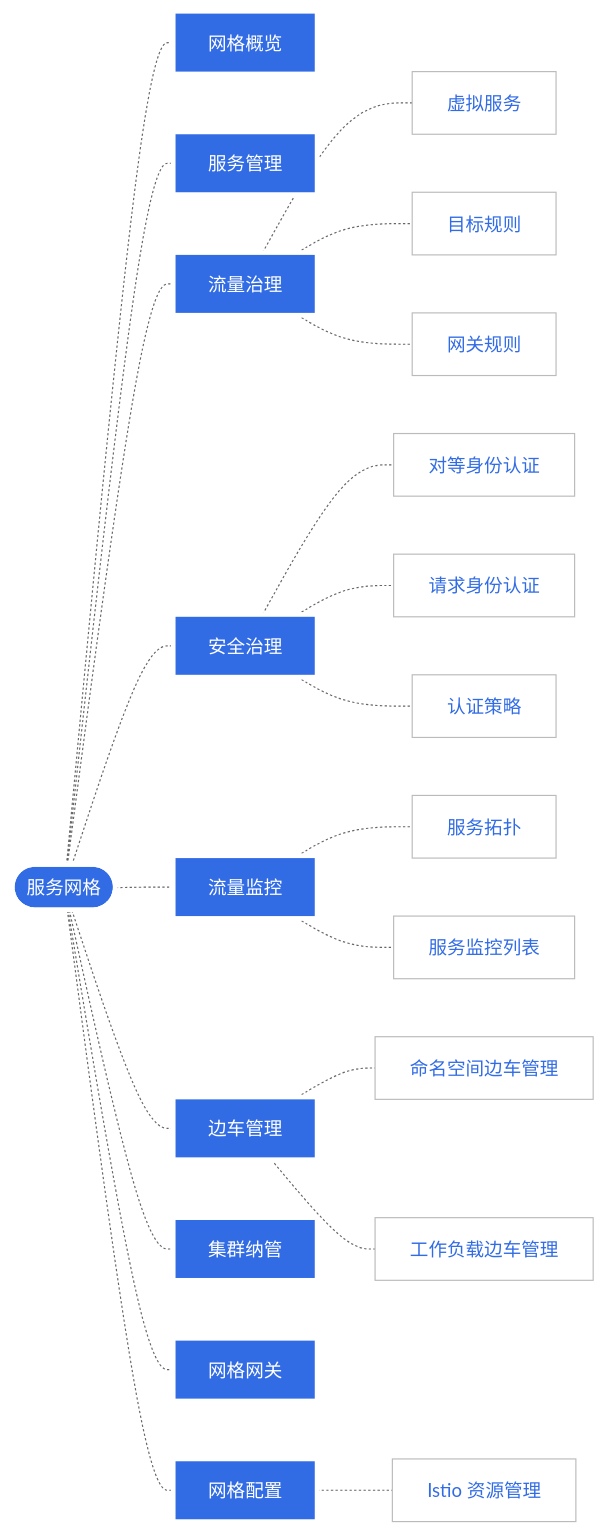
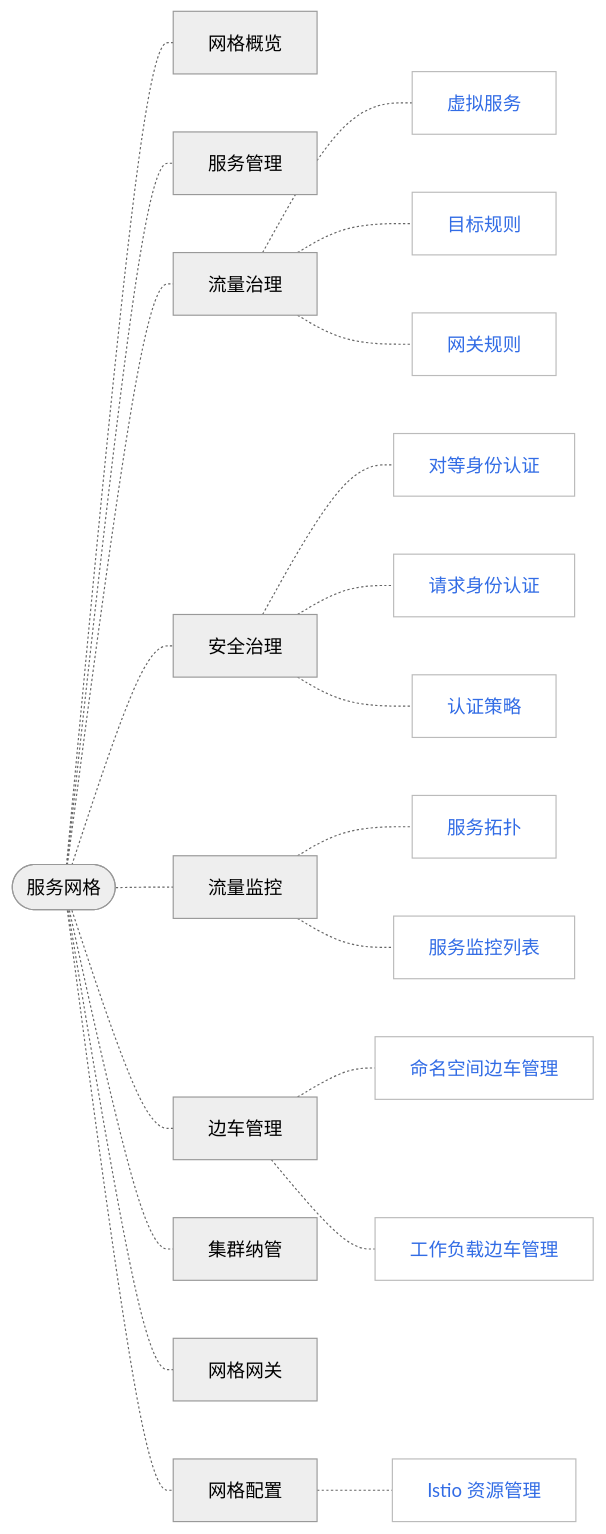
The diagram in docs/zh/docs/mspider/intro/comp-archi-ui/architect.md (DaoCloud/DaoCloud-docs), drawn with Mermaid (neutral theme) before and after one commit. The commit also changed 24 other files, not shown here.

````diff
--- a/docs/zh/docs/mspider/intro/comp-archi-ui/architect.md
+++ b/docs/zh/docs/mspider/intro/comp-archi-ui/architect.md
@@ -49,41 +49,41 @@
 ```mermaid
 graph LR
 
     mesh([服务网格]) -.- overview[网格概览]
     mesh -.- service[服务管理]
     mesh -.- traffic[流量治理]
         traffic -.- vs[虚拟服务]
         traffic -.- dr[目标规则]
         traffic -.- gw[网关规则]
     mesh -.- security[安全治理]
         security -.- peer[对等身份认证]
         security -.- request[请求身份认证]
         security -.- authz[认证策略]
     mesh -.- monitor[流量监控]
         monitor -.- tp[服务拓扑]
         monitor -.- list[服务监控列表]
     mesh -.- sidecar[边车管理]
         sidecar -.- ns[命名空间边车管理]
         sidecar -.- workload[工作负载边车管理]
     mesh -.- cluster[集群纳管]
     mesh -.- meshgw[网格网关]
     mesh -.- config[网格配置] -.- istio[Istio 资源管理]
 
 click vs "https://docs.daocloud.io/mspider/user-guide/traffic-governance/virtual-service/"
 click dr "https://docs.daocloud.io/mspider/user-guide/traffic-governance/destination-rules/"
 click gw "https://docs.daocloud.io/mspider/user-guide/traffic-governance/gateway-rules/"
 click peer "https://docs.daocloud.io/mspider/user-guide/security/peer/"
 click request "https://docs.daocloud.io/mspider/user-guide/security/request/"
 click authz "https://docs.daocloud.io/mspider/user-guide/security/authorize/"
 click tp "https://docs.daocloud.io/mspider/user-guide/traffic-monitor/conn-topo/"
 click list "https://docs.daocloud.io/mspider/user-guide/traffic-monitor/monitoring-indicators/"
 click ns "https://docs.daocloud.io/mspider/user-guide/sidecar-management/ns-sidecar/"
 click workload "https://docs.daocloud.io/mspider/user-guide/sidecar-management/workload-sidecar/"
 click istio "https://docs.daocloud.io/mspider/user-guide/mesh-config/istio-resources/"
 
  classDef plain fill:#ddd,stroke:#fff,stroke-width:4px,color:#000;
  classDef k8s fill:#326ce5,stroke:#fff,stroke-width:4px,color:#fff;
  classDef cluster fill:#fff,stroke:#bbb,stroke-width:1px,color:#326ce5;
- class mesh,overview,service,traffic,security,monitor,sidecar,cluster,meshgw,config k8s;
+
  class vs,dr,gw,peer,request,authz,tp,list,ns,workload,global,istio cluster;
 ```
````
